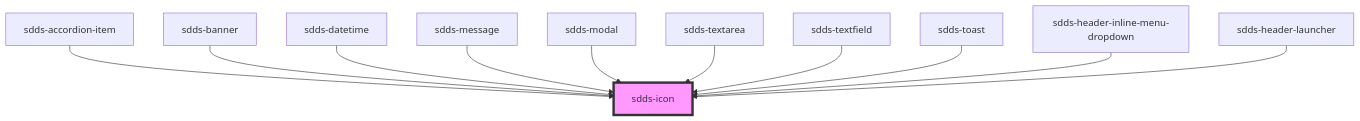
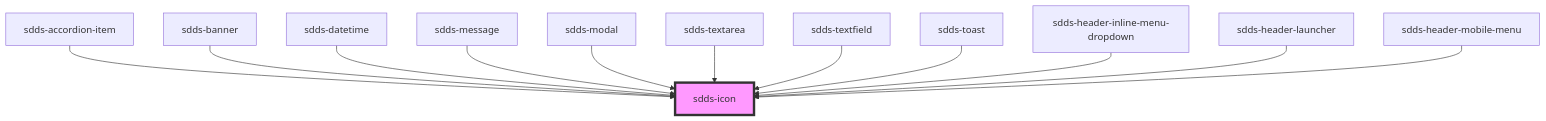
The diagram in tegel/src/components/icon/readme.md (scania-digital-design-system/sdds), drawn with Mermaid before and after one commit. The commit also changed other lines of this file and 10 other files, not shown here.

````diff
--- a/tegel/src/components/icon/readme.md
+++ b/tegel/src/components/icon/readme.md
@@ -32,14 +33,15 @@
 ```mermaid
 graph TD;
   sdds-accordion-item --> sdds-icon
   sdds-banner --> sdds-icon
   sdds-datetime --> sdds-icon
   sdds-message --> sdds-icon
   sdds-modal --> sdds-icon
   sdds-textarea --> sdds-icon
   sdds-textfield --> sdds-icon
   sdds-toast --> sdds-icon
   sdds-header-inline-menu-dropdown --> sdds-icon
   sdds-header-launcher --> sdds-icon
+  sdds-header-mobile-menu --> sdds-icon
   style sdds-icon fill:#f9f,stroke:#333,stroke-width:4px
 ```
````
